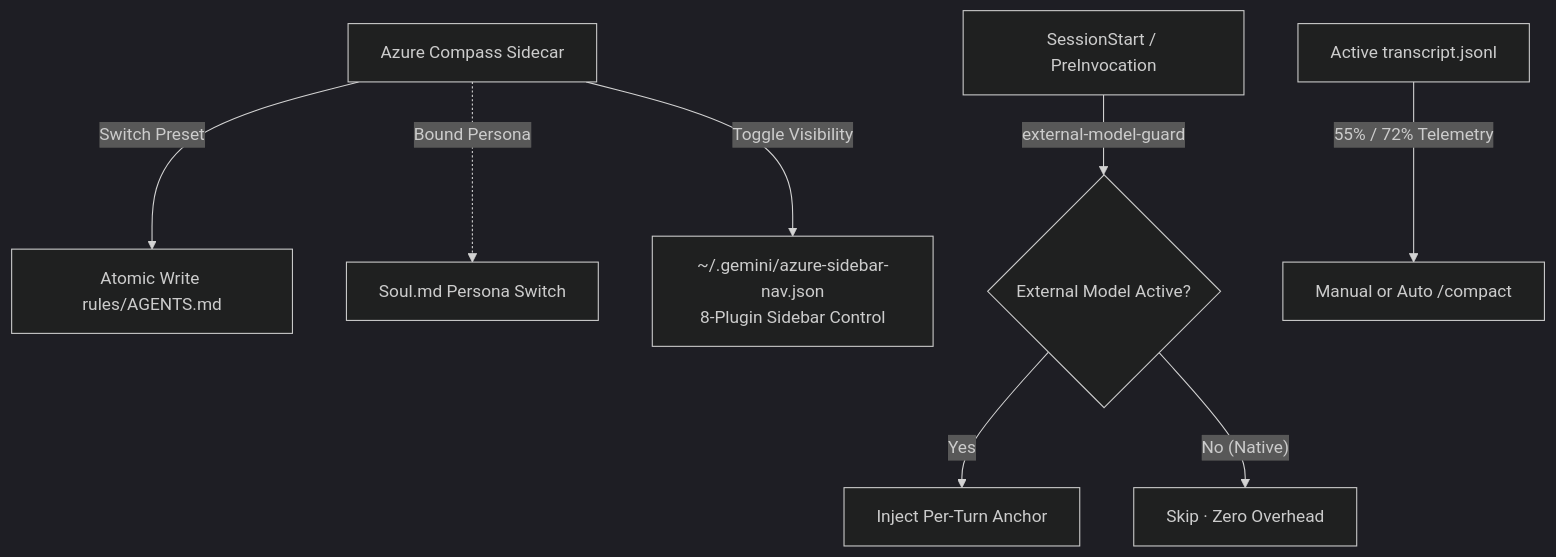
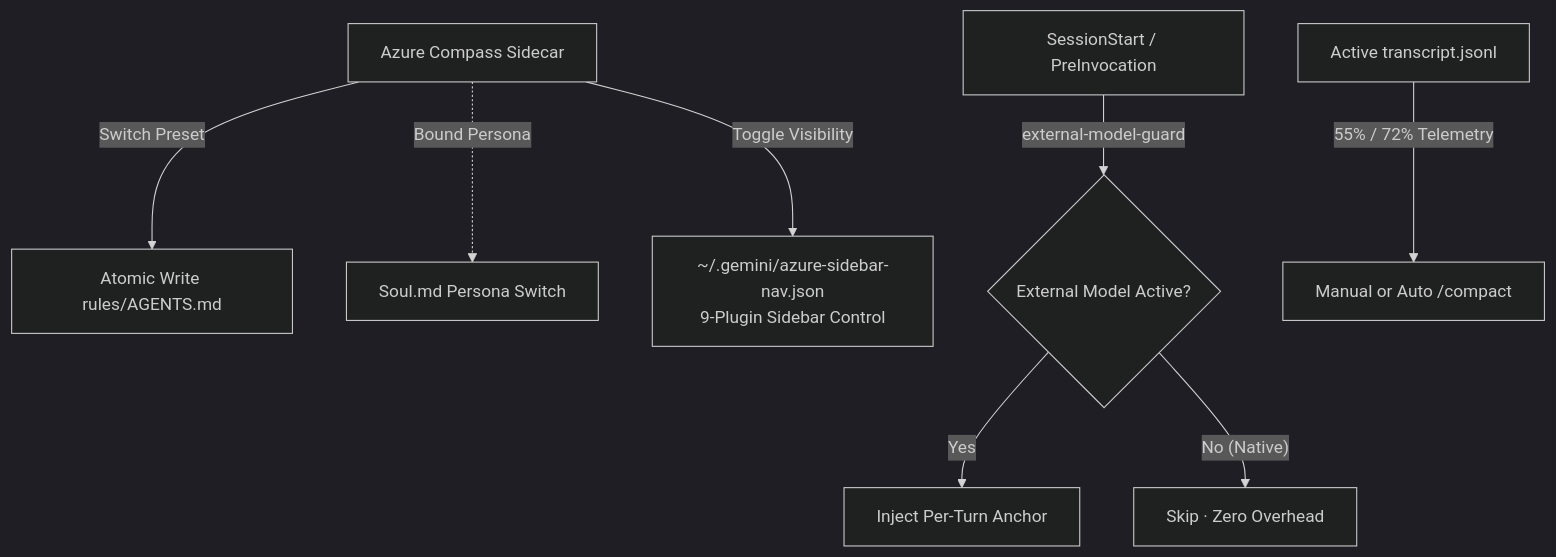
Before and after one commit to A16Nights/antigravity-azure-compass: the diagram in README.en.md, drawn with Mermaid (dark theme). The commit also changed other lines of this file and 6 other files, not shown here.

Commit message:
chore(suite): integrate Azure Wand into 9-plugin Azure Suite (v1.4.1)

````diff
--- a/README.en.md
+++ b/README.en.md
@@ -115,10 +115,10 @@
 ```mermaid
 flowchart TD
   A["Azure Compass Sidecar"] -->|"Switch Preset"| B["Atomic Write rules/AGENTS.md"]
   A -.->|"Bound Persona"| S["Soul.md Persona Switch"]
-  A -->|"Toggle Visibility"| N["~/.gemini/azure-sidebar-nav.json<br/>8-Plugin Sidebar Control"]
+  A -->|"Toggle Visibility"| N["~/.gemini/azure-sidebar-nav.json<br/>9-Plugin Sidebar Control"]
   H["SessionStart / PreInvocation"] -->|"external-model-guard"| M{"External Model Active?"}
   M -->|"Yes"| I["Inject Per-Turn Anchor"]
   M -->|"No (Native)"| K["Skip · Zero Overhead"]
   T["Active transcript.jsonl"] -->|"55% / 72% Telemetry"| C["Manual or Auto /compact"]
 ```
````
